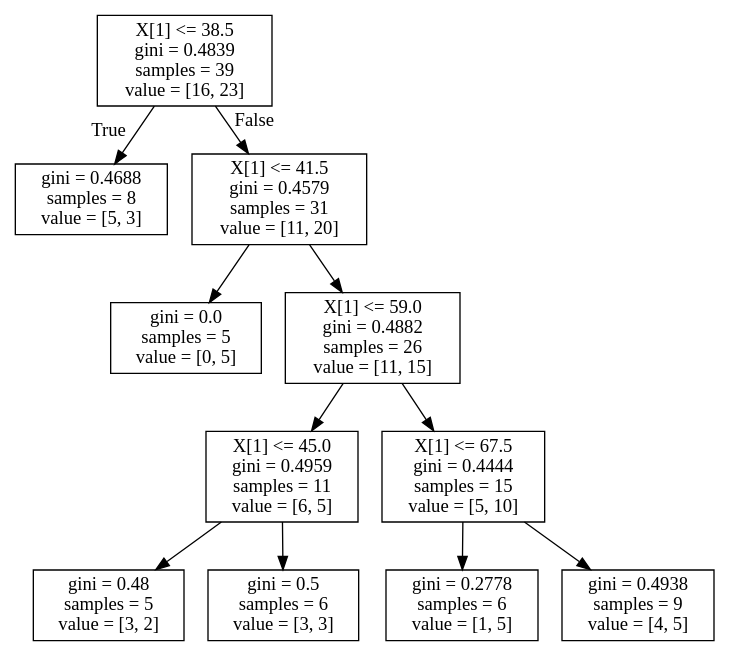
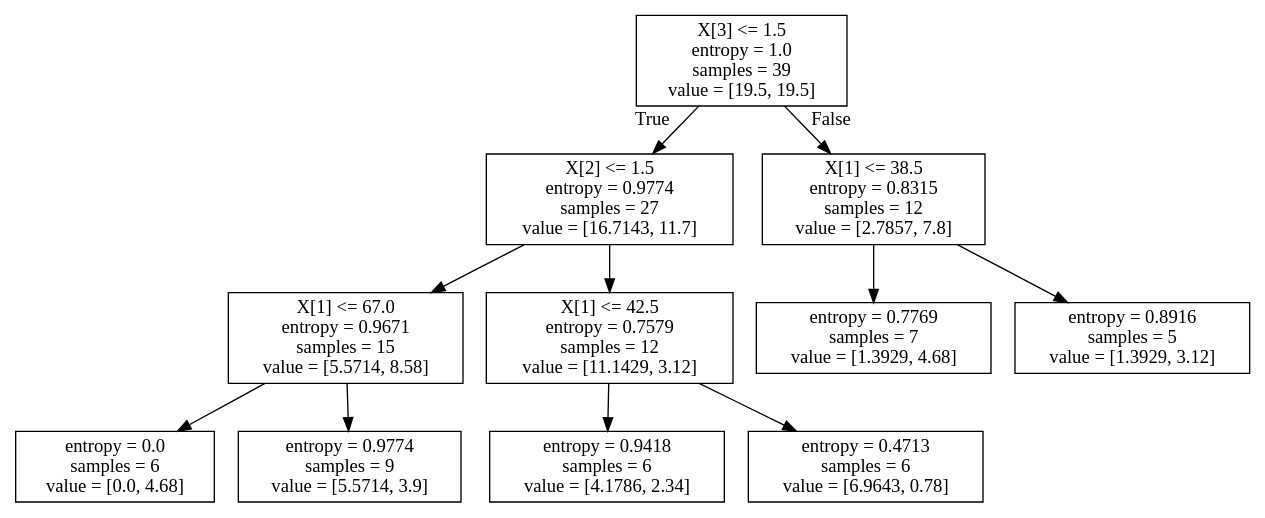
One commit to DeepinSC/Machine_learning-Countryside changed the diagram in iris.dot. Above: the diagram before and after it, drawn with Graphviz. The commit also changed 3 other files, not shown here.

```diff
--- a/iris.dot
+++ b/iris.dot
@@ -1,24 +1,24 @@
 digraph Tree {
 node [shape=box] ;
-0 [label="X[1] <= 38.5\ngini = 0.4839\nsamples = 39\nvalue = [16, 23]"] ;
-1 [label="gini = 0.4688\nsamples = 8\nvalue = [5, 3]"] ;
+0 [label="X[3] <= 1.5\nentropy = 1.0\nsamples = 39\nvalue = [19.5, 19.5]"] ;
+1 [label="X[2] <= 1.5\nentropy = 0.9774\nsamples = 27\nvalue = [16.7143, 11.7]"] ;
 0 -> 1 [labeldistance=2.5, labelangle=45, headlabel="True"] ;
-2 [label="X[1] <= 41.5\ngini = 0.4579\nsamples = 31\nvalue = [11, 20]"] ;
-0 -> 2 [labeldistance=2.5, labelangle=-45, headlabel="False"] ;
-3 [label="gini = 0.0\nsamples = 5\nvalue = [0, 5]"] ;
+2 [label="X[1] <= 67.0\nentropy = 0.9671\nsamples = 15\nvalue = [5.5714, 8.58]"] ;
+1 -> 2 ;
+3 [label="entropy = 0.0\nsamples = 6\nvalue = [0.0, 4.68]"] ;
 2 -> 3 ;
-4 [label="X[1] <= 59.0\ngini = 0.4882\nsamples = 26\nvalue = [11, 15]"] ;
+4 [label="entropy = 0.9774\nsamples = 9\nvalue = [5.5714, 3.9]"] ;
 2 -> 4 ;
-5 [label="X[1] <= 45.0\ngini = 0.4959\nsamples = 11\nvalue = [6, 5]"] ;
-4 -> 5 ;
-6 [label="gini = 0.48\nsamples = 5\nvalue = [3, 2]"] ;
+5 [label="X[1] <= 42.5\nentropy = 0.7579\nsamples = 12\nvalue = [11.1429, 3.12]"] ;
+1 -> 5 ;
+6 [label="entropy = 0.9418\nsamples = 6\nvalue = [4.1786, 2.34]"] ;
 5 -> 6 ;
-7 [label="gini = 0.5\nsamples = 6\nvalue = [3, 3]"] ;
+7 [label="entropy = 0.4713\nsamples = 6\nvalue = [6.9643, 0.78]"] ;
 5 -> 7 ;
-8 [label="X[1] <= 67.5\ngini = 0.4444\nsamples = 15\nvalue = [5, 10]"] ;
-4 -> 8 ;
-9 [label="gini = 0.2778\nsamples = 6\nvalue = [1, 5]"] ;
+8 [label="X[1] <= 38.5\nentropy = 0.8315\nsamples = 12\nvalue = [2.7857, 7.8]"] ;
+0 -> 8 [labeldistance=2.5, labelangle=-45, headlabel="False"] ;
+9 [label="entropy = 0.7769\nsamples = 7\nvalue = [1.3929, 4.68]"] ;
 8 -> 9 ;
-10 [label="gini = 0.4938\nsamples = 9\nvalue = [4, 5]"] ;
+10 [label="entropy = 0.8916\nsamples = 5\nvalue = [1.3929, 3.12]"] ;
 8 -> 10 ;
 }
```
